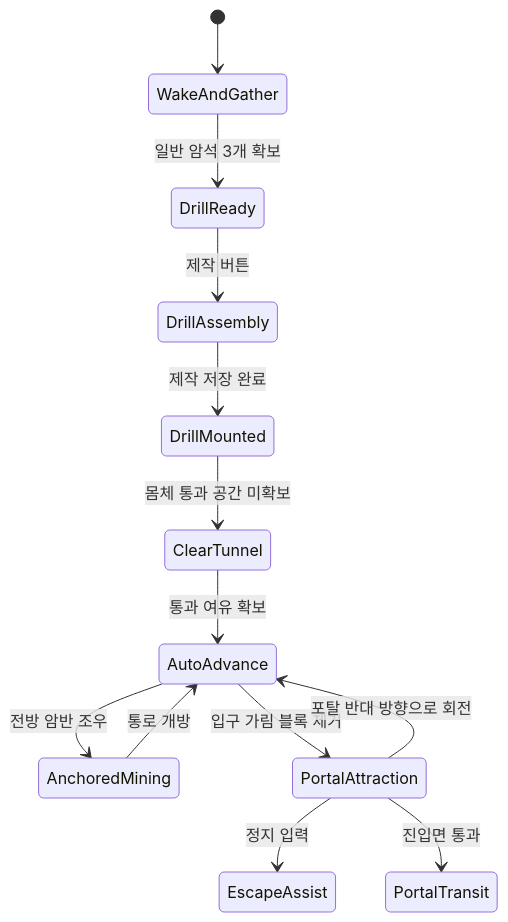
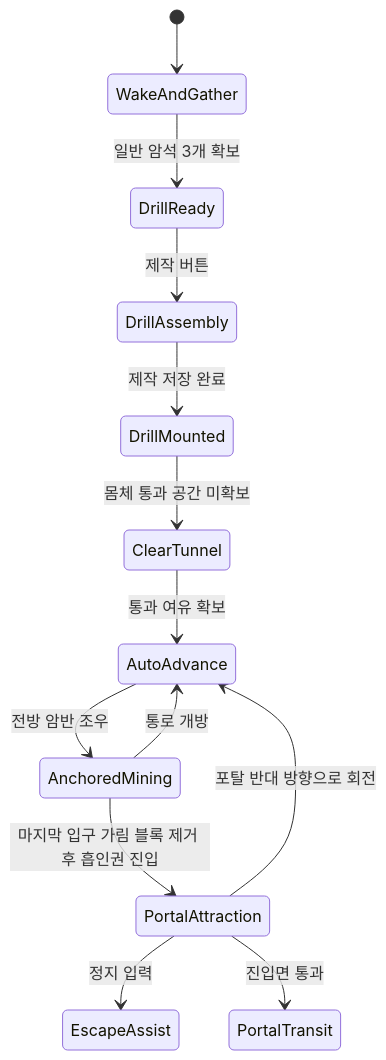
Before and after one commit to jflakeee/dig: the diagram in docs/dig-4d-intro-implementation-detail-20261125.md, drawn with Mermaid. The commit also changed other lines of this file and 4 other files, not shown here.

````diff
--- a/docs/dig-4d-intro-implementation-detail-20261125.md
+++ b/docs/dig-4d-intro-implementation-detail-20261125.md
@@ -13,15 +13,15 @@
 ```mermaid
 stateDiagram-v2
   [*] --> WakeAndGather
   WakeAndGather --> DrillReady: 일반 암석 3개 확보
   DrillReady --> DrillAssembly: 제작 버튼
   DrillAssembly --> DrillMounted: 제작 저장 완료
   DrillMounted --> ClearTunnel: 몸체 통과 공간 미확보
   ClearTunnel --> AutoAdvance: 통과 여유 확보
   AutoAdvance --> AnchoredMining: 전방 암반 조우
   AnchoredMining --> AutoAdvance: 통로 개방
-  AutoAdvance --> PortalAttraction: 입구 가림 블록 제거
+  AnchoredMining --> PortalAttraction: 마지막 입구 가림 블록 제거 후 흡인권 진입
   PortalAttraction --> EscapeAssist: 정지 입력
   PortalAttraction --> AutoAdvance: 포탈 반대 방향으로 회전
   PortalAttraction --> PortalTransit: 진입면 통과
 ```
````
